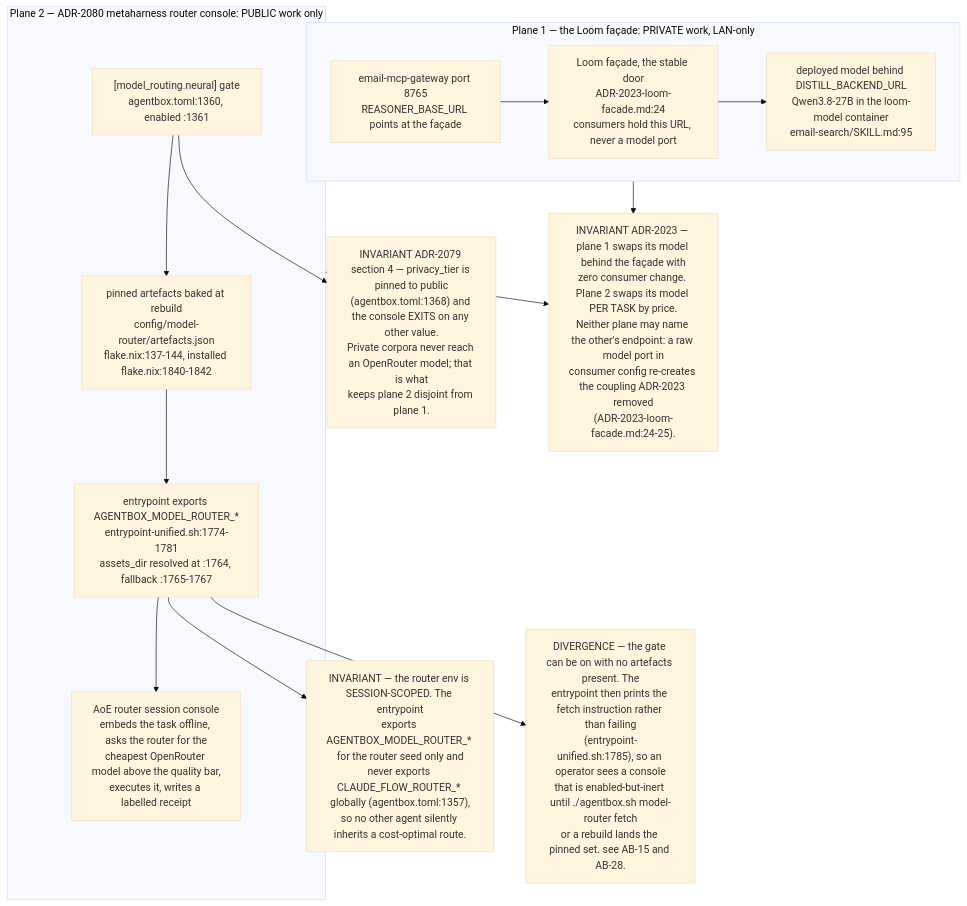
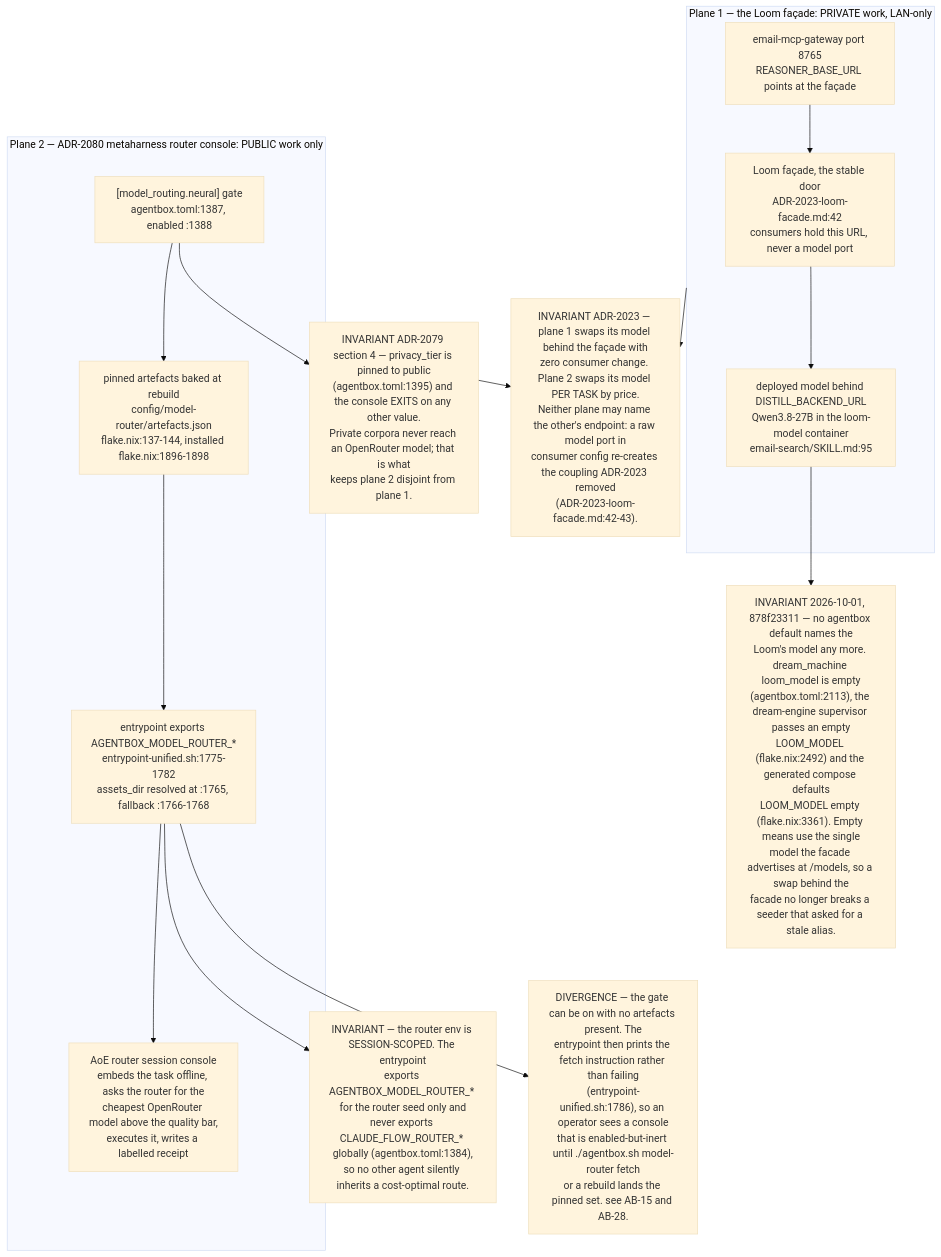
Before and after one commit to DreamLab-AI/VisionFlow: the tenth of 11 diagrams in docs/diagrams/estate/06-loom-and-email-privacy-path.md, drawn with Mermaid (base theme). The commit also changed other lines of this file and 94 other files, not shown here.

First line of the commit message:
docs(diagrams): re-verify 130 topics against 2 October HEADs

````diff
--- a/docs/diagrams/estate/06-loom-and-email-privacy-path.md
+++ b/docs/diagrams/estate/06-loom-and-email-privacy-path.md
@@ -330,29 +330,31 @@
 ```mermaid
 flowchart TB
     subgraph PRIV["Plane 1 — the Loom façade: PRIVATE work, LAN-only"]
-        FAC["Loom façade, the stable door<br/>ADR-2023-loom-facade.md:24<br/>consumers hold this URL, never a model port"]
+        FAC["Loom façade, the stable door<br/>ADR-2023-loom-facade.md:42<br/>consumers hold this URL, never a model port"]
         MDL["deployed model behind DISTILL_BACKEND_URL<br/>Qwen3.8-27B in the loom-model container<br/>email-search/SKILL.md:95"]
         MAIL["email-mcp-gateway port 8765<br/>REASONER_BASE_URL points at the façade"]
         FAC --> MDL
         MAIL --> FAC
     end
 
     subgraph PUB["Plane 2 — ADR-2080 metaharness router console: PUBLIC work only"]
-        GATE["[model_routing.neural] gate<br/>agentbox.toml:1360, enabled :1361"]
-        ART["pinned artefacts baked at rebuild<br/>config/model-router/artefacts.json<br/>flake.nix:137-144, installed flake.nix:1840-1842"]
-        ENV["entrypoint exports AGENTBOX_MODEL_ROUTER_*<br/>entrypoint-unified.sh:1774-1781<br/>assets_dir resolved at :1764, fallback :1765-1767"]
+        GATE["[model_routing.neural] gate<br/>agentbox.toml:1387, enabled :1388"]
+        ART["pinned artefacts baked at rebuild<br/>config/model-router/artefacts.json<br/>flake.nix:137-144, installed flake.nix:1896-1898"]
+        ENV["entrypoint exports AGENTBOX_MODEL_ROUTER_*<br/>entrypoint-unified.sh:1775-1782<br/>assets_dir resolved at :1765, fallback :1766-1768"]
         CON["AoE router session console<br/>embeds the task offline, asks the router for the<br/>cheapest OpenRouter model above the quality bar,<br/>executes it, writes a labelled receipt"]
         GATE --> ART --> ENV --> CON
     end
 
-    INV1["INVARIANT ADR-2079 section 4 — privacy_tier is pinned to public<br/>(agentbox.toml:1368) and the console EXITS on any other value.<br/>Private corpora never reach an OpenRouter model; that is what<br/>keeps plane 2 disjoint from plane 1."]
-    INV2["INVARIANT — the router env is SESSION-SCOPED. The entrypoint<br/>exports AGENTBOX_MODEL_ROUTER_* for the router seed only and<br/>never exports CLAUDE_FLOW_ROUTER_* globally (agentbox.toml:1357),<br/>so no other agent silently inherits a cost-optimal route."]
-    INV3["INVARIANT ADR-2023 — plane 1 swaps its model behind the façade with<br/>zero consumer change. Plane 2 swaps its model PER TASK by price.<br/>Neither plane may name the other's endpoint: a raw model port in<br/>consumer config re-creates the coupling ADR-2023 removed<br/>(ADR-2023-loom-facade.md:24-25)."]
-    DEG["DIVERGENCE — the gate can be on with no artefacts present. The<br/>entrypoint then prints the fetch instruction rather than failing<br/>(entrypoint-unified.sh:1785), so an operator sees a console<br/>that is enabled-but-inert until ./agentbox.sh model-router fetch<br/>or a rebuild lands the pinned set. see AB-15 and AB-28."]
+    INV1["INVARIANT ADR-2079 section 4 — privacy_tier is pinned to public<br/>(agentbox.toml:1395) and the console EXITS on any other value.<br/>Private corpora never reach an OpenRouter model; that is what<br/>keeps plane 2 disjoint from plane 1."]
+    INV2["INVARIANT — the router env is SESSION-SCOPED. The entrypoint<br/>exports AGENTBOX_MODEL_ROUTER_* for the router seed only and<br/>never exports CLAUDE_FLOW_ROUTER_* globally (agentbox.toml:1384),<br/>so no other agent silently inherits a cost-optimal route."]
+    INV3["INVARIANT ADR-2023 — plane 1 swaps its model behind the façade with<br/>zero consumer change. Plane 2 swaps its model PER TASK by price.<br/>Neither plane may name the other's endpoint: a raw model port in<br/>consumer config re-creates the coupling ADR-2023 removed<br/>(ADR-2023-loom-facade.md:42-43)."]
+    DEG["DIVERGENCE — the gate can be on with no artefacts present. The<br/>entrypoint then prints the fetch instruction rather than failing<br/>(entrypoint-unified.sh:1786), so an operator sees a console<br/>that is enabled-but-inert until ./agentbox.sh model-router fetch<br/>or a rebuild lands the pinned set. see AB-15 and AB-28."]
 
+    NOPIN["INVARIANT 2026-10-01, 878f23311 — no agentbox default names the<br/>Loom's model any more. dream_machine loom_model is empty<br/>(agentbox.toml:2113), the dream-engine supervisor passes an empty<br/>LOOM_MODEL (flake.nix:2492) and the generated compose defaults<br/>LOOM_MODEL empty (flake.nix:3361). Empty means use the single<br/>model the facade advertises at /models, so a swap behind the<br/>facade no longer breaks a seeder that asked for a stale alias."]
+    MDL --> NOPIN
     PRIV --> INV3
     PUB --> INV3
     GATE --> INV1
     ENV --> INV2
     ENV --> DEG
 ```
````
